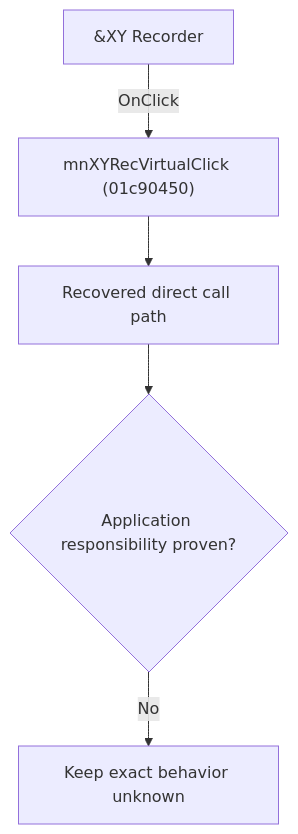
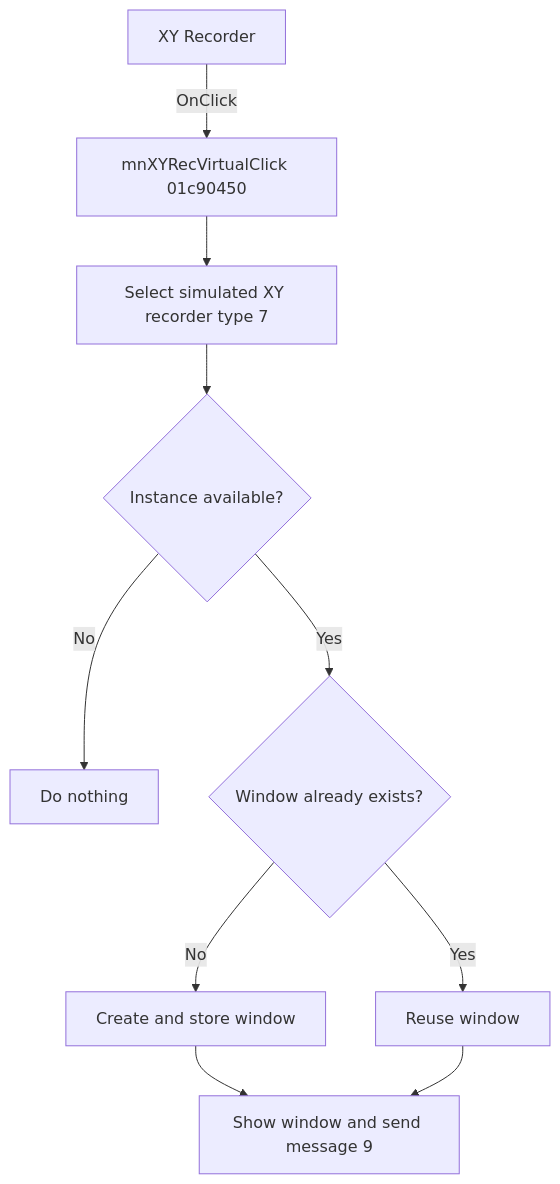
The diagram in docs/ui-controls/schematiceditor/xyrecorder-8bd7cf98cd.md (MovGP0/TIARA), drawn with Mermaid before and after one commit. The commit also changed other lines of this file and 241 other files, not shown here.

````diff
--- a/docs/ui-controls/schematiceditor/xyrecorder-8bd7cf98cd.md
+++ b/docs/ui-controls/schematiceditor/xyrecorder-8bd7cf98cd.md
@@ -27,7 +22,12 @@
 ```mermaid
 flowchart TD
-    control["&XY Recorder"] -->|"OnClick"| handler["mnXYRecVirtualClick (01c90450)"]
-    handler --> recovered["Recovered direct call path"]
-    recovered --> gap{"Application responsibility proven?"}
-    gap -->|"No"| blocked["Keep exact behavior unknown"]
+    control["XY Recorder"] -->|"OnClick"| handler["mnXYRecVirtualClick 01c90450"]
+    handler --> coordinator["Select simulated XY recorder type 7"]
+    coordinator --> available{"Instance available?"}
+    available -->|"No"| noOp["Do nothing"]
+    available -->|"Yes"| slot{"Window already exists?"}
+    slot -->|"No"| create["Create and store window"]
+    slot -->|"Yes"| reuse["Reuse window"]
+    create --> show["Show window and send message 9"]
+    reuse --> show
 ```
````
